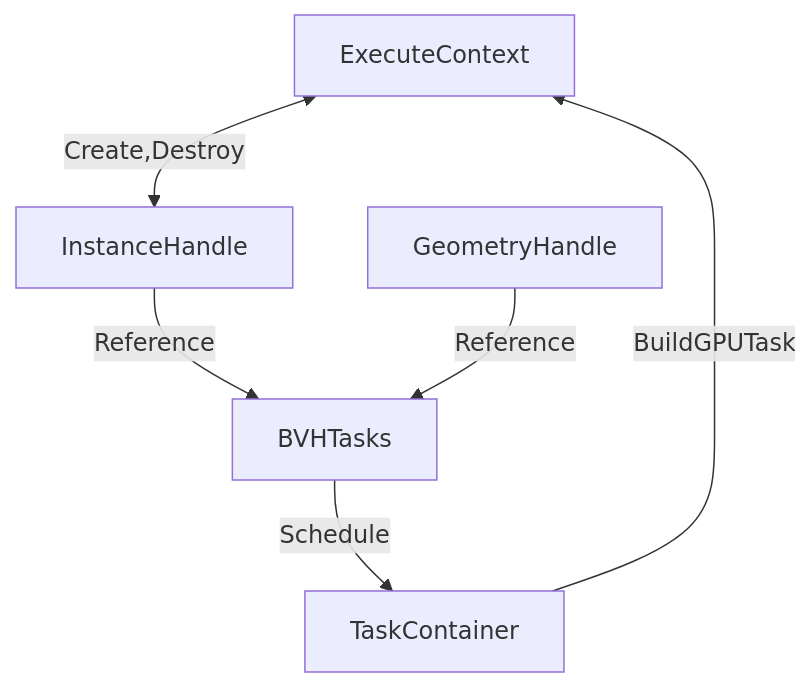
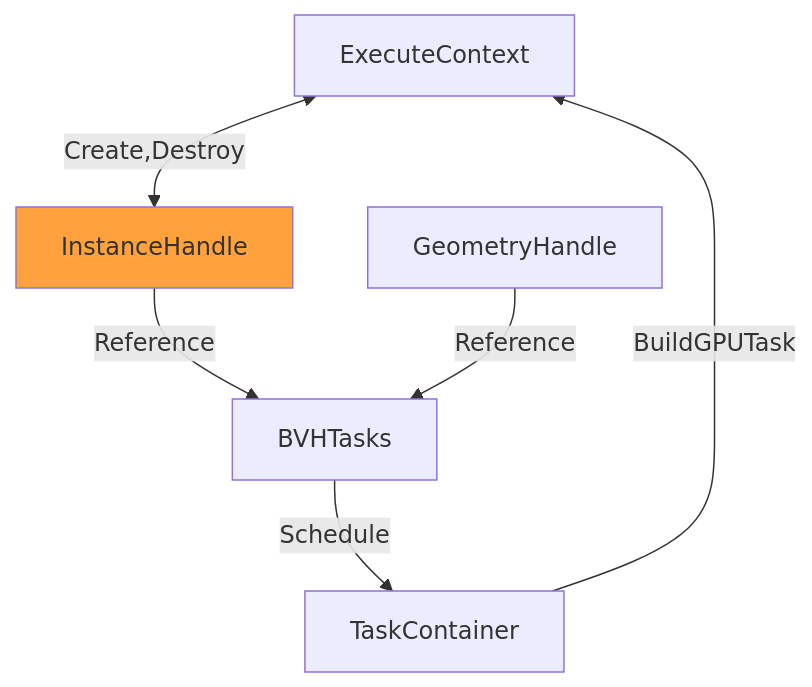
One commit to NVIDIAGameWorks/KickstartRT changed the eighth of 14 diagrams in docs/SDK_Reference.md. Above: the diagram before and after it, drawn with Mermaid. The commit also changed other lines of this file, not shown here.

````diff
--- a/docs/SDK_Reference.md
+++ b/docs/SDK_Reference.md
@@ -295,9 +242,11 @@
 ``` mermaid
 flowchart TB
 
 ExecuteContext <-- Create,Destroy --> InstanceHandle
 InstanceHandle -- Reference --> BVHTasks
 GeometryHandle -- Reference --> BVHTasks
 BVHTasks -- Schedule --> TaskContainer
 TaskContainer -- BuildGPUTask --> ExecuteContext
+
+style InstanceHandle fill:#ffa23e
 ```
````
